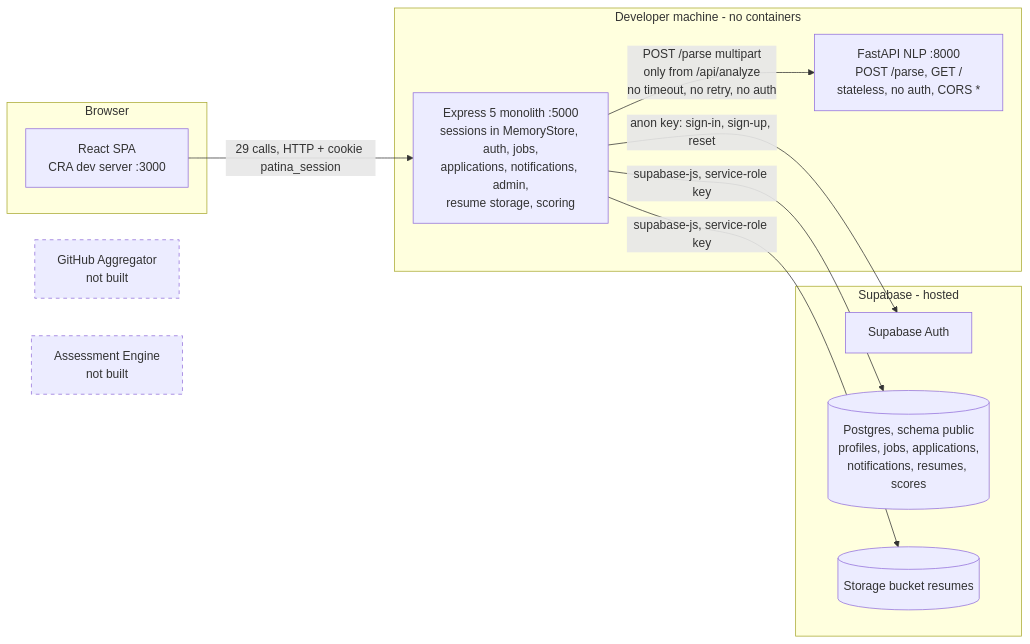
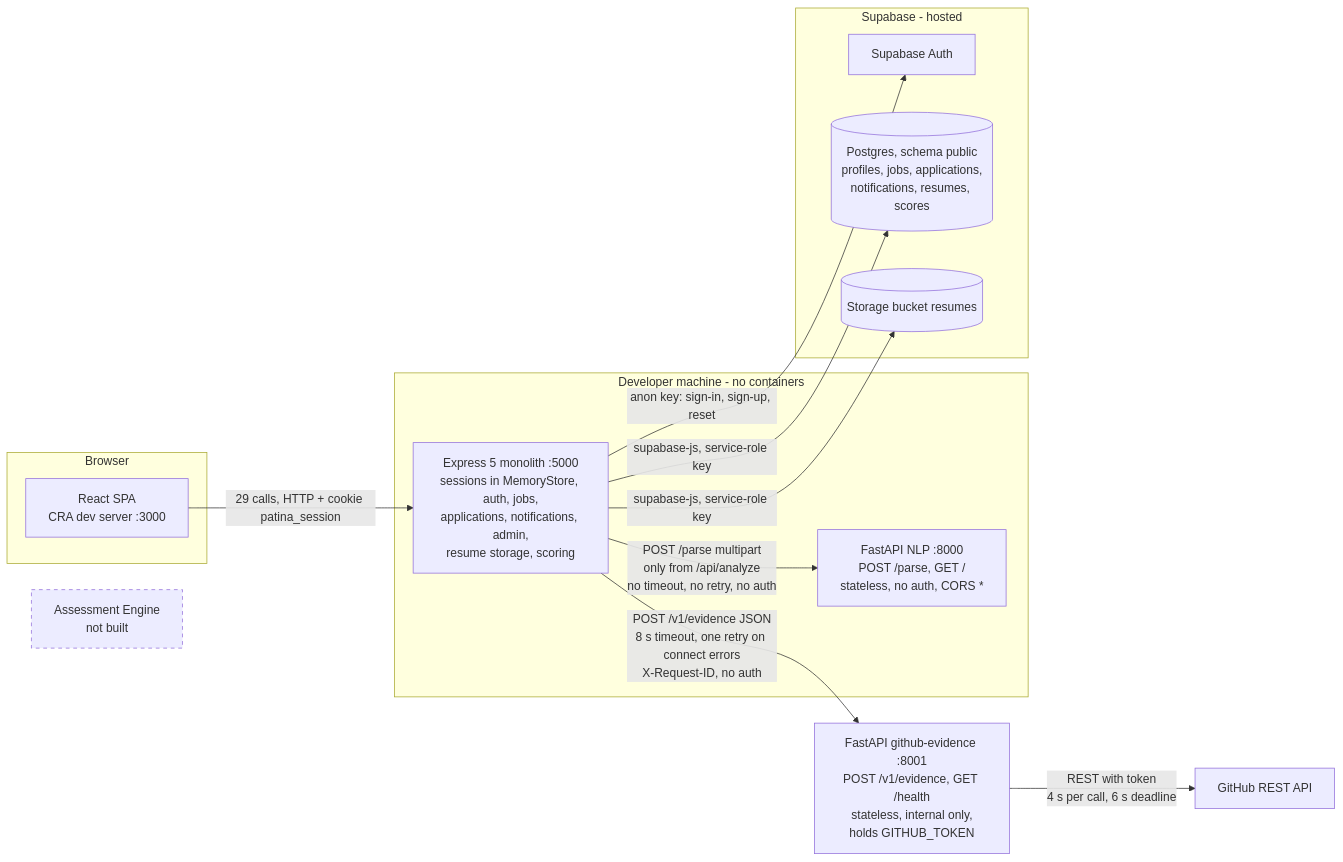
The first of 2 diagrams in ARCHITECTURE.md (C72-BTECH-PROJECT/Patina), drawn with Mermaid before and after one commit. The commit also changed other lines of this file and 21 other files, not shown here.

First line of the commit message:
Integrate GitHub evidence into scoring flow

````diff
--- a/ARCHITECTURE.md
+++ b/ARCHITECTURE.md
@@ -33,24 +39,27 @@
 ```mermaid
 flowchart LR
   subgraph browser [Browser]
     FE["React SPA<br/>CRA dev server :3000"]
   end
   subgraph host [Developer machine - no containers]
     BE["Express 5 monolith :5000<br/>sessions in MemoryStore, auth, jobs,<br/>applications, notifications, admin,<br/>resume storage, scoring"]
     NLP["FastAPI NLP :8000<br/>POST /parse, GET /<br/>stateless, no auth, CORS *"]
   end
   subgraph supa [Supabase - hosted]
     AUTH["Supabase Auth"]
     DB[("Postgres, schema public<br/>profiles, jobs, applications,<br/>notifications, resumes, scores")]
     ST[("Storage bucket resumes")]
   end
-  GH["GitHub Aggregator<br/>not built"]
+  GHE["FastAPI github-evidence :8001<br/>POST /v1/evidence, GET /health<br/>stateless, internal only,<br/>holds GITHUB_TOKEN"]
+  GHAPI["GitHub REST API"]
   AS["Assessment Engine<br/>not built"]
   FE -->|"29 calls, HTTP + cookie patina_session"| BE
   BE -->|"POST /parse multipart<br/>only from /api/analyze<br/>no timeout, no retry, no auth"| NLP
+  BE -->|"POST /v1/evidence JSON<br/>8 s timeout, one retry on connect errors<br/>X-Request-ID, no auth"| GHE
+  GHE -->|"REST with token<br/>4 s per call, 6 s deadline"| GHAPI
   BE -->|"supabase-js, service-role key"| DB
   BE -->|"supabase-js, service-role key"| ST
   BE -->|"anon key: sign-in, sign-up, reset"| AUTH
   classDef missing stroke-dasharray: 5 5
-  class GH,AS missing
+  class AS missing
 ```
````
